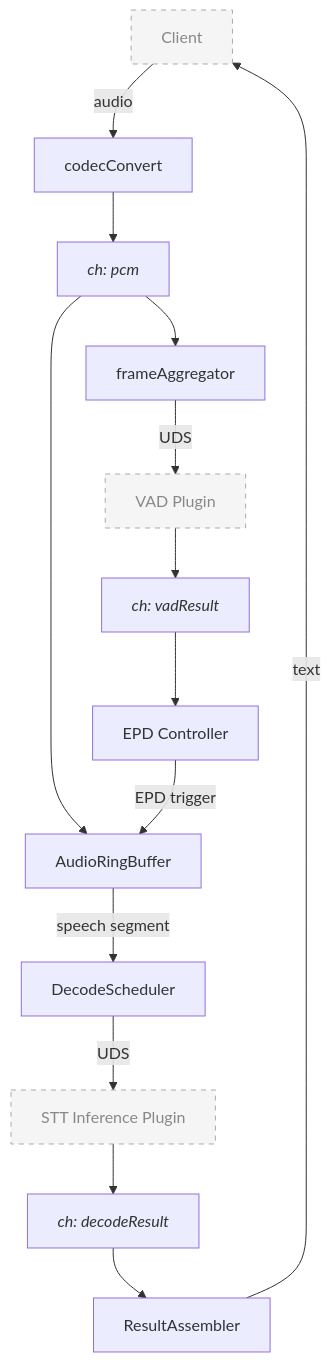
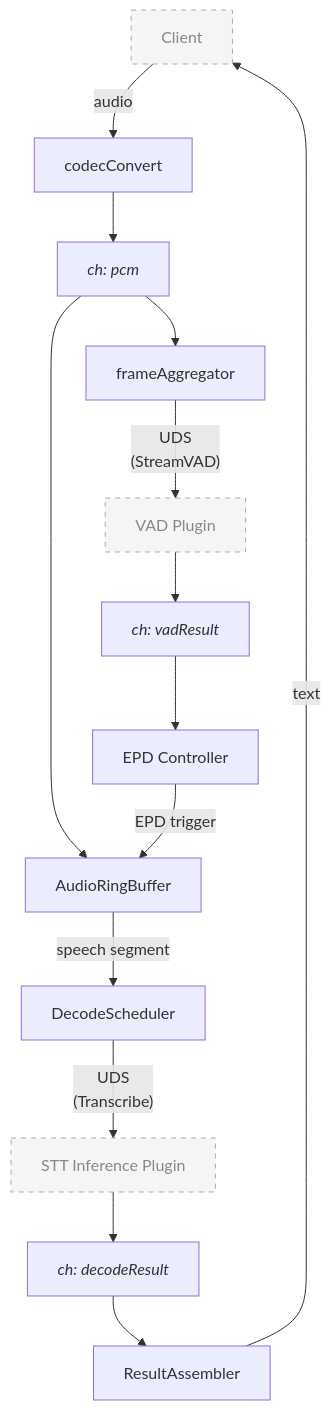
One commit to speechmux/core changed the second of 3 diagrams in README.md. Above: the diagram before and after it, drawn with Mermaid. The commit also changed other lines of this file, not shown here.

First line of the commit message:
docs(readme): split pipeline diagram into batch and streaming engine paths

````diff
--- a/README.md
+++ b/README.md
@@ -22,22 +22,22 @@
 ```mermaid
 flowchart TD
       classDef external fill:#f5f5f5,stroke:#aaaaaa,stroke-width:1px,stroke-dasharray:5 5,color:#888888
-      
+
       Client["Client"]:::external
       VADPlugin["VAD Plugin"]:::external
       STTPlugin["STT Inference Plugin"]:::external
-      
+
       Client -->|audio| codecConvert["codecConvert"]
       codecConvert --> pcmCh["<i>ch: pcm</i>"]
       pcmCh --> frameAggregator["frameAggregator"]
       pcmCh --> AudioRingBuffer["AudioRingBuffer"]
-      frameAggregator -->|UDS| VADPlugin["VAD Plugin"]
+      frameAggregator -->|"UDS</br>(StreamVAD)"| VADPlugin
       VADPlugin --> vadResultCh["<i>ch: vadResult</i>"]
       vadResultCh --> EPDController["EPD Controller"]
       EPDController -->|EPD trigger| AudioRingBuffer
       AudioRingBuffer -->|speech segment| DecodeScheduler["DecodeScheduler"]
-      DecodeScheduler -->|UDS| STTPlugin["STT Inference Plugin"]
+      DecodeScheduler -->|"UDS</br>(Transcribe)"| STTPlugin
       STTPlugin --> decodeResultCh["<i>ch: decodeResult</i>"]
       decodeResultCh --> ResultAssembler["ResultAssembler"]
       ResultAssembler -->|text| Client
 ```
````
